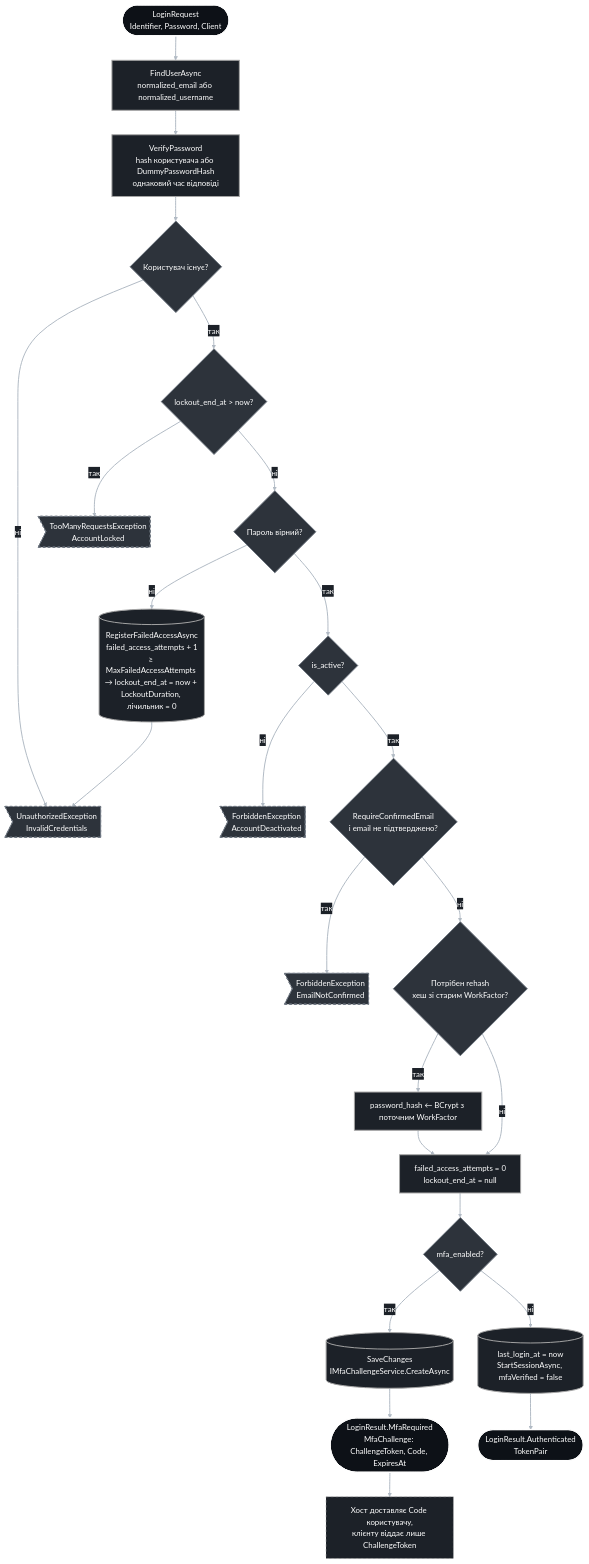
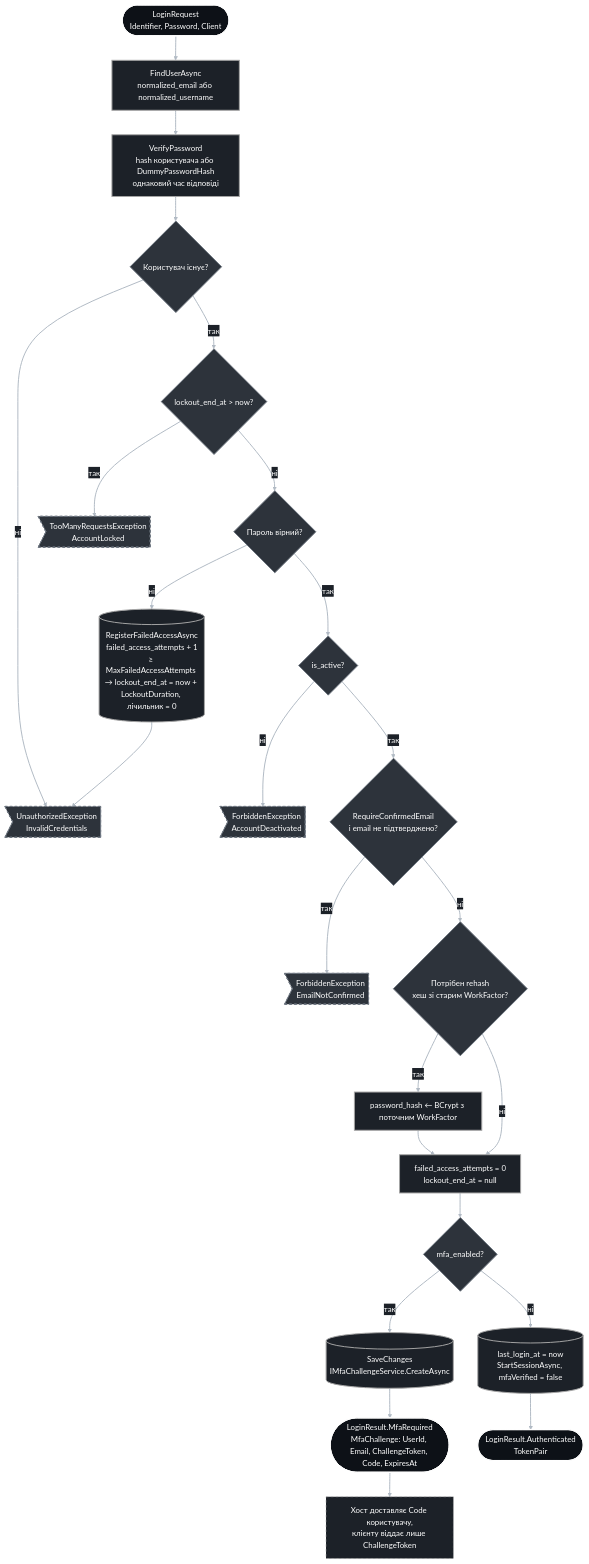
The fifth of 15 diagrams in docs/identity-provider-flows.md (no-more-tears/NoMoreTears), drawn with Mermaid before and after one commit. The commit also changed other lines of this file and 151 other files, not shown here.

````diff
--- a/docs/identity-provider-flows.md
+++ b/docs/identity-provider-flows.md
@@ -251,44 +251,44 @@
 ```mermaid
 %%{init: {"theme":"base","themeVariables":{"fontFamily":"Segoe UI, Helvetica, Arial, sans-serif","primaryColor":"#1C2128","primaryTextColor":"#FFFFFF","primaryBorderColor":"#A5A5A5","lineColor":"#B1BAC4","edgeLabelBackground":"#1C2128","clusterBkg":"#0D1117","clusterBorder":"#A5A5A5","titleColor":"#FFFFFF"}}}%%
 flowchart TD
     accTitle: Вхід за паролем
     accDescr: LoginAsync шукає користувача за email або username і завжди перевіряє пароль, для невідомого користувача проти фіктивного хешу, щоб час відповіді не розкривав існування акаунта. Далі перевіряє lockout, результат пароля, активність і підтвердження email, за потреби перехешовує пароль, скидає лічильник невдач і або створює MFA-челендж, або відкриває сесію та видає пару токенів.
 
     L0(["LoginRequest<br/>Identifier, Password, Client"]) --> L1["FindUserAsync<br/>normalized_email або normalized_username"]
     L1 --> L2["VerifyPassword<br/>hash користувача або DummyPasswordHash<br/>однаковий час відповіді"]
     L2 --> L3{"Користувач існує?"}
     L3 -->|"ні"| LU>"UnauthorizedException<br/>InvalidCredentials"]
     L3 -->|"так"| L4{"lockout_end_at > now?"}
     L4 -->|"так"| LL>"TooManyRequestsException<br/>AccountLocked"]
     L4 -->|"ні"| L5{"Пароль вірний?"}
     L5 -->|"ні"| L6[("RegisterFailedAccessAsync<br/>failed_access_attempts + 1<br/>≥ MaxFailedAccessAttempts → lockout_end_at = now + LockoutDuration, лічильник = 0")]
     L6 --> LU
     L5 -->|"так"| L7{"is_active?"}
     L7 -->|"ні"| LD>"ForbiddenException<br/>AccountDeactivated"]
     L7 -->|"так"| L8{"RequireConfirmedEmail<br/>і email не підтверджено?"}
     L8 -->|"так"| LE>"ForbiddenException<br/>EmailNotConfirmed"]
     L8 -->|"ні"| L9{"Потрібен rehash<br/>хеш зі старим WorkFactor?"}
     L9 -->|"так"| L10["password_hash ← BCrypt з поточним WorkFactor"]
     L9 -->|"ні"| L11
     L10 --> L11["failed_access_attempts = 0<br/>lockout_end_at = null"]
     L11 --> L12{"mfa_enabled?"}
     L12 -->|"так"| L13[("SaveChanges<br/>IMfaChallengeService.CreateAsync")]
-    L13 --> L14(["LoginResult.MfaRequired<br/>MfaChallenge: ChallengeToken, Code, ExpiresAt"])
+    L13 --> L14(["LoginResult.MfaRequired<br/>MfaChallenge: UserId, Email, ChallengeToken, Code, ExpiresAt"])
     L14 --> L15["Хост доставляє Code користувачу,<br/>клієнту віддає лише ChallengeToken"]
     L12 -->|"ні"| L16[("last_login_at = now<br/>StartSessionAsync, mfaVerified = false")]
     L16 --> L17(["LoginResult.Authenticated<br/>TokenPair"])
 
     classDef core fill:#0D1117,color:#FFFFFF,stroke:#FFFFFF,stroke-width:2px;
     classDef support fill:#1C2128,color:#FFFFFF,stroke:#A5A5A5,stroke-width:2px;
     classDef generic fill:#2D333B,color:#FFFFFF,stroke:#6E7681,stroke-width:2px;
     classDef fail fill:#2D333B,color:#FFFFFF,stroke:#6E7681,stroke-width:2px,stroke-dasharray: 5 5;
     classDef ext fill:#1C2128,color:#FFFFFF,stroke:#A5A5A5,stroke-width:1px,stroke-dasharray: 5 5;
 
     class L0,L14,L17 core;
     class L1,L2,L6,L10,L11,L13,L16 support;
     class L3,L4,L5,L7,L8,L9,L12 generic;
     class LU,LL,LD,LE fail;
     class L15 ext;
 
     linkStyle default stroke:#B1BAC4,stroke-width:2px,color:#FFFFFF
 ```
````
